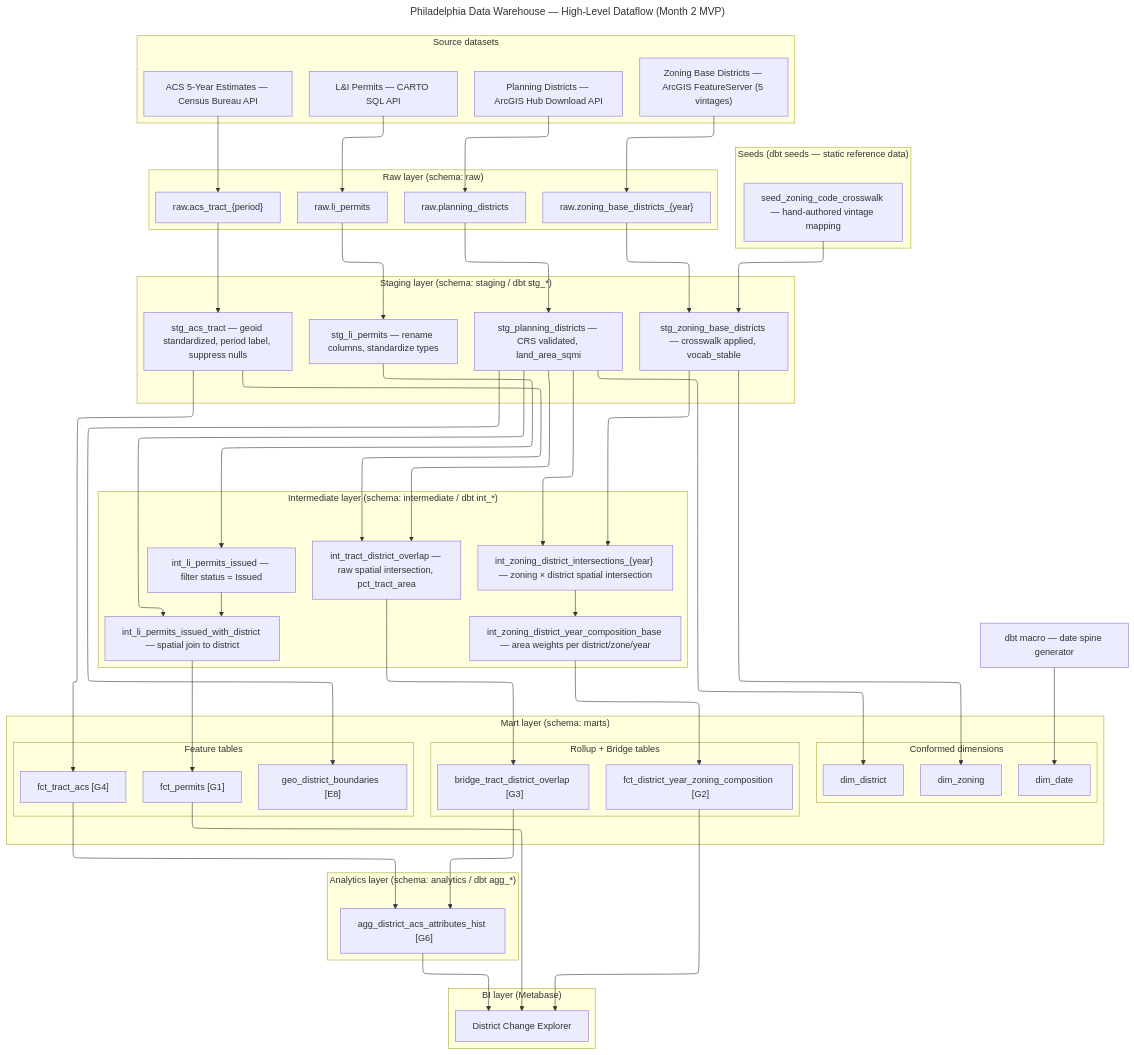
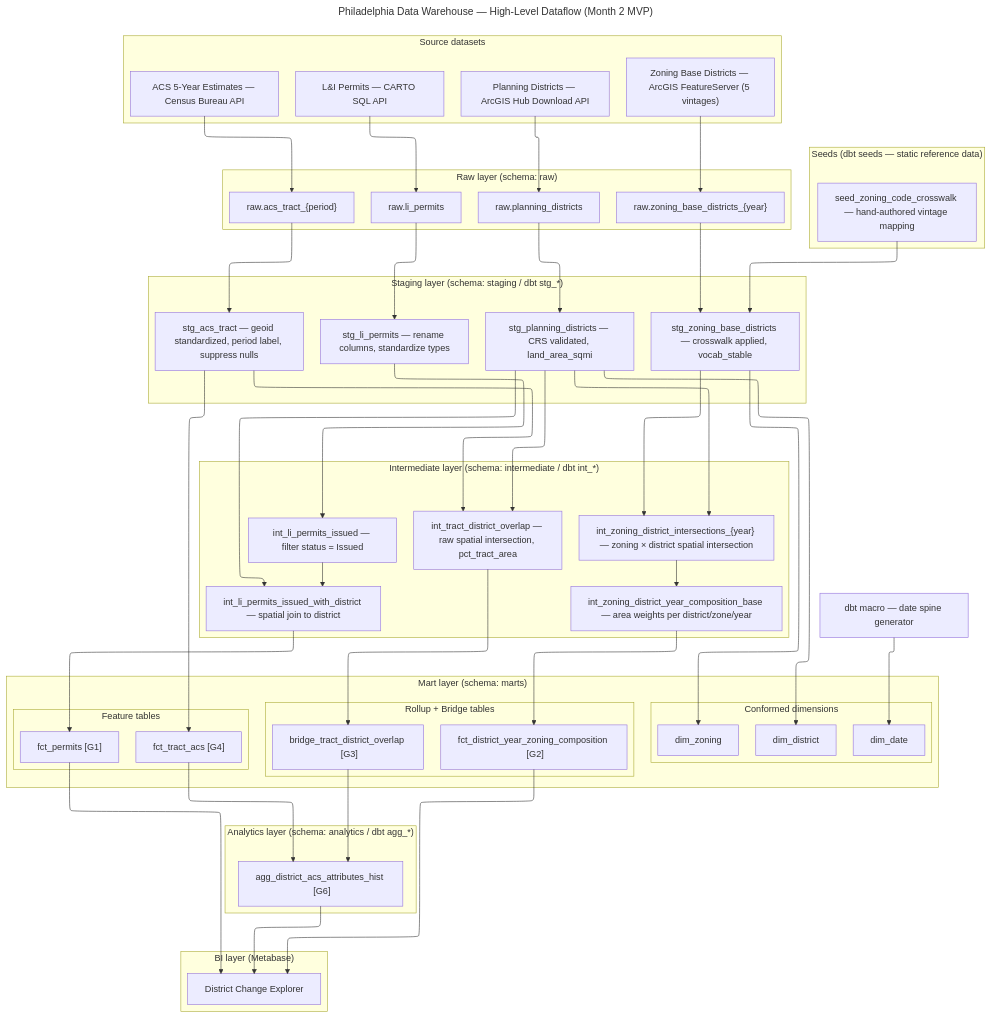
One commit to faridbalouch12-dotcom/Philadelphia-LandUse-Analytics changed the diagram in docs/diagrams/dataflow.mmd. Above: the diagram before and after it, drawn with Mermaid. The commit also changed 5 other files, not shown here.

```diff
--- a/docs/diagrams/dataflow.mmd
+++ b/docs/diagrams/dataflow.mmd
@@ -1,124 +1,122 @@
 ---
 config:
   layout: elk
 title: Philadelphia Data Warehouse — High-Level Dataflow (Month 2 MVP)
 ---
 flowchart TD
 
     %% ── Source datasets ──────────────────────────────────────────────
     subgraph SOURCES["Source datasets"]
         SRC1["Planning Districts — ArcGIS Hub Download API"]
         SRC2["L&I Permits — CARTO SQL API"]
         SRC3["Zoning Base Districts — ArcGIS FeatureServer (5 vintages)"]
         SRC4["ACS 5-Year Estimates — Census Bureau API"]
     end
 
     %% ── Seeds ────────────────────────────────────────────────────────
     subgraph SEEDS["Seeds  (dbt seeds — static reference data)"]
         SEED_XWALK["seed_zoning_code_crosswalk — hand-authored vintage mapping"]
     end
 
     %% ── Generated reference data ────────────────────────────────────
     GEN_DATE["dbt macro — date spine generator"]
 
     %% ── Raw layer ────────────────────────────────────────────────────
     subgraph RAW["Raw layer  (schema: raw)"]
         RAW_DISTRICTS["raw.planning_districts"]
         RAW_PERMITS["raw.li_permits"]
         RAW_ZONING["raw.zoning_base_districts_{year}"]
         RAW_ACS["raw.acs_tract_{period}"]
     end
 
     %% ── Staging layer ────────────────────────────────────────────────
     subgraph STAGING["Staging layer  (schema: staging / dbt stg_*)"]
         STG_DISTRICTS["stg_planning_districts — CRS validated, land_area_sqmi"]
         STG_PERMITS["stg_li_permits — rename columns, standardize types"]
         STG_ZONING["stg_zoning_base_districts — crosswalk applied, vocab_stable"]
         STG_ACS["stg_acs_tract — geoid standardized, period label, suppress nulls"]
     end
 
     %% ── Intermediate layer ───────────────────────────────────────────
     subgraph INTERMEDIATE["Intermediate layer  (schema: intermediate / dbt int_*)"]
         INT_PERMITS_ISSUED["int_li_permits_issued — filter status = Issued"]
         INT_PERMITS_DISTRICT["int_li_permits_issued_with_district — spatial join to district"]
         INT_TRACT_OVERLAP["int_tract_district_overlap — raw spatial intersection, pct_tract_area"]
         INT_ZONING_INTERSECT["int_zoning_district_intersections_{year} — zoning × district spatial intersection"]
         INT_ZONING_COMP["int_zoning_district_year_composition_base — area weights per district/zone/year"]
     end
 
     %% ── Mart layer ───────────────────────────────────────────────────
     subgraph MART["Mart layer  (schema: marts)"]
 
         subgraph MART_DIMS["Conformed dimensions"]
             DIM_DISTRICT["dim_district"]
             DIM_DATE["dim_date"]
             DIM_ZONING["dim_zoning"]
         end
 
         subgraph MART_FEATURE["Feature tables"]
             FCT_PERMITS["fct_permits  [G1]"]
             FCT_ACS["fct_tract_acs  [G4]"]
-            GEO_BOUNDS["geo_district_boundaries  [E8]"]
         end
 
         subgraph MART_ROLLUP["Rollup + Bridge tables"]
             FCT_ZONING["fct_district_year_zoning_composition  [G2]"]
             MART_BRIDGE["bridge_tract_district_overlap  [G3]"]
         end
     end
 
     %% ── Analytics layer ──────────────────────────────────────────────
     subgraph ANALYTICS["Analytics layer  (schema: analytics / dbt agg_*)"]
         AGG_ACS["agg_district_acs_attributes_hist  [G6]"]
     end
 
     %% ── BI layer ─────────────────────────────────────────────────────
     subgraph BI["BI layer  (Metabase)"]
         DB1["District Change Explorer"]
     end
 
     %% ── Data flows ───────────────────────────────────────────────────
 
     SRC1 --> RAW_DISTRICTS
     SRC2 --> RAW_PERMITS
     SRC3 --> RAW_ZONING
     SRC4 --> RAW_ACS
 
     RAW_DISTRICTS --> STG_DISTRICTS
     RAW_PERMITS   --> STG_PERMITS
     RAW_ZONING    --> STG_ZONING
     RAW_ACS       --> STG_ACS
     SEED_XWALK    --> STG_ZONING
 
     STG_PERMITS          --> INT_PERMITS_ISSUED
     INT_PERMITS_ISSUED   --> INT_PERMITS_DISTRICT
     STG_DISTRICTS        --> INT_PERMITS_DISTRICT
     STG_DISTRICTS        --> INT_TRACT_OVERLAP
     STG_ACS              --> INT_TRACT_OVERLAP
     STG_ZONING           --> INT_ZONING_INTERSECT
     STG_DISTRICTS        --> INT_ZONING_INTERSECT
     INT_ZONING_INTERSECT --> INT_ZONING_COMP
 
     STG_DISTRICTS        --> DIM_DISTRICT
     STG_ZONING           --> DIM_ZONING
     GEN_DATE             --> DIM_DATE
 
-    STG_DISTRICTS        --> GEO_BOUNDS
     INT_PERMITS_DISTRICT --> FCT_PERMITS
     STG_ACS              --> FCT_ACS
 
     INT_ZONING_COMP   --> FCT_ZONING
     INT_TRACT_OVERLAP --> MART_BRIDGE
 
     FCT_ACS     --> AGG_ACS
     MART_BRIDGE --> AGG_ACS
 
     FCT_PERMITS --> DB1
     FCT_ZONING  --> DB1
     AGG_ACS     --> DB1
 
     %% ── Notes ─────────────────────────────────────────────────────────
     %% Join relationships (FK/PK) are in erd.mmd — not shown here.
     %% Grain labels: G1–G6 reference grain_spec.md
     %% Feature vs rollup separation: see feature_vs_rollup_policy.md
     %% Schema layer redesign rationale: see notes/claude_sessions/session_2026-03-10_task-5-2_schema-redesign.md
```
